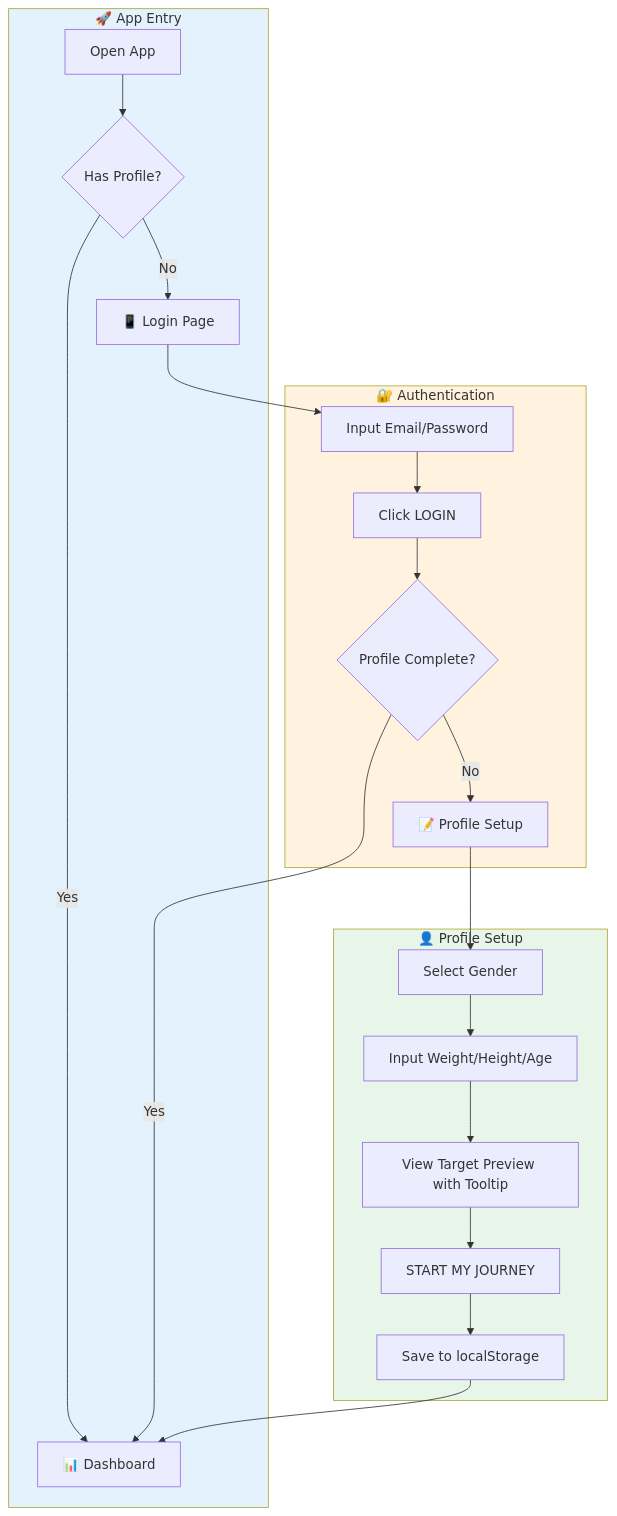
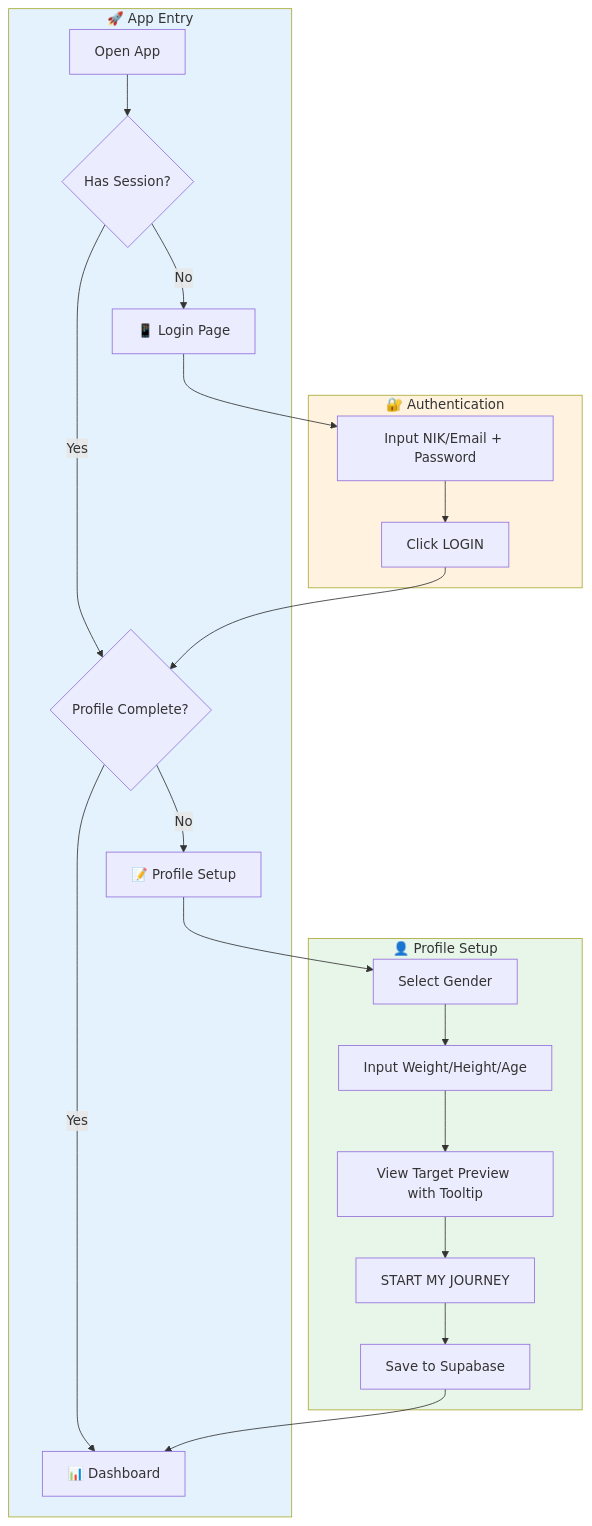
Before and after one commit to ilhaminudin24/ITDigital-wellbeing: the first of 4 diagrams in docs/core_process.md, drawn with Mermaid. The commit also changed other lines of this file and 5 other files, not shown here.

````diff
--- a/docs/core_process.md
+++ b/docs/core_process.md
@@ -76,29 +76,29 @@
 ```mermaid
 flowchart TD
     subgraph Entry["🚀 App Entry"]
-        A[Open App] --> B{Has Profile?}
+        A[Open App] --> B{Has Session?}
         B -->|No| C[📱 Login Page]
-        B -->|Yes| D[📊 Dashboard]
+        B -->|Yes| D{Profile Complete?}
+        D -->|No| H[📝 Profile Setup]
+        D -->|Yes| E[📊 Dashboard]
     end
 
     subgraph Auth["🔐 Authentication"]
-        C --> E[Input Email/Password]
-        E --> F[Click LOGIN]
-        F --> G{Profile Complete?}
-        G -->|No| H[📝 Profile Setup]
-        G -->|Yes| D
+        C --> F[Input NIK/Email + Password]
+        F --> G[Click LOGIN]
+        G --> D
     end
 
     subgraph Profile["👤 Profile Setup"]
         H --> I[Select Gender]
         I --> J[Input Weight/Height/Age]
         J --> K[View Target Preview with Tooltip]
         K --> L[START MY JOURNEY]
-        L --> M[Save to localStorage]
-        M --> D
+        L --> M[Save to Supabase]
+        M --> E
     end
 
     style Entry fill:#e3f2fd
     style Auth fill:#fff3e0
     style Profile fill:#e8f5e9
 ```
````
